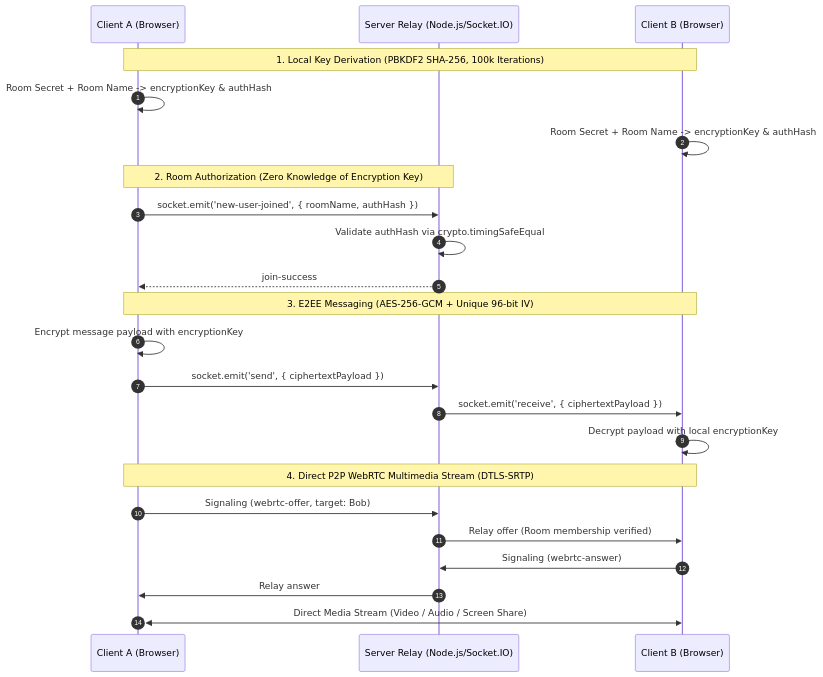
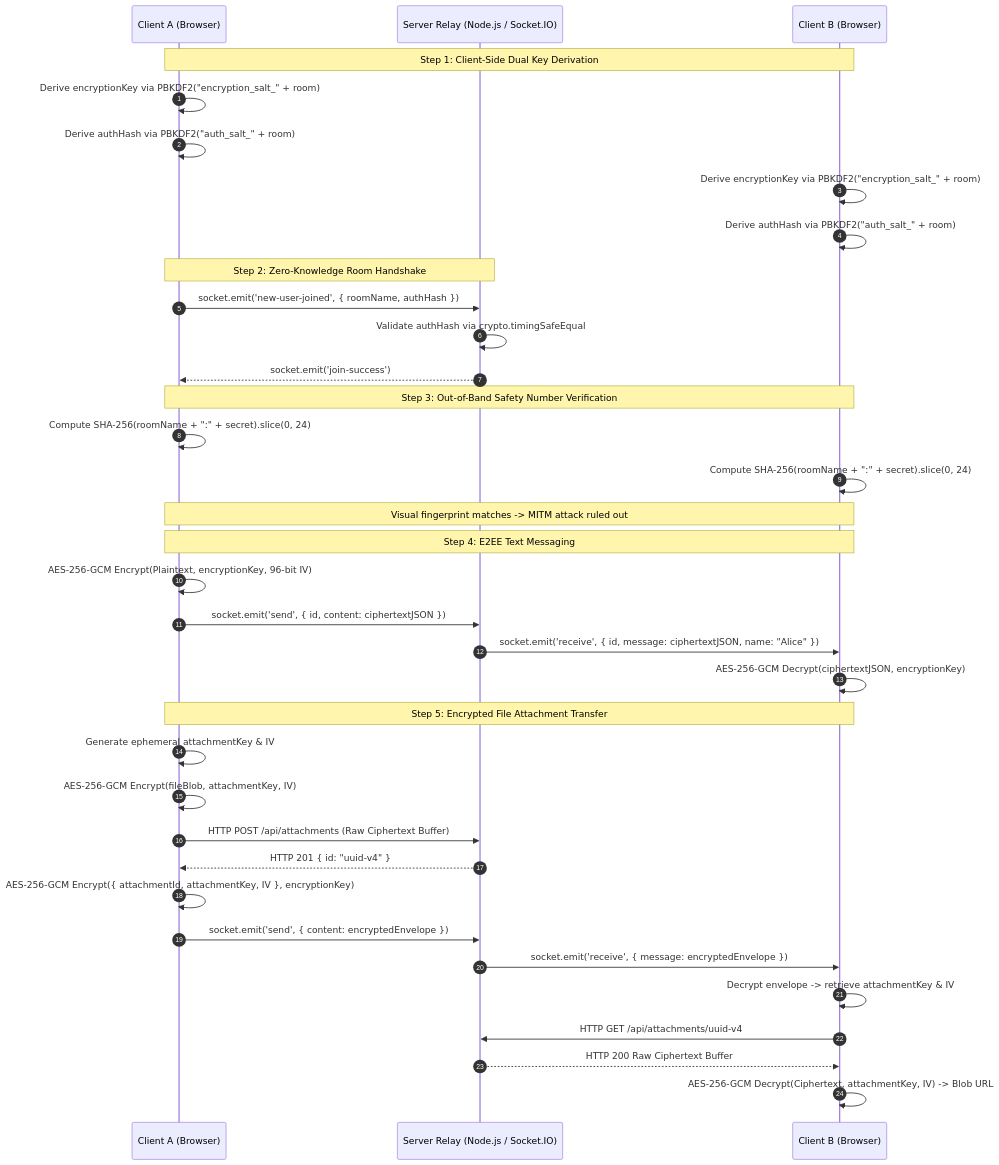
One commit to tanmay9783/NijiSamvad changed the second of 2 diagrams in README.md. Above: the diagram before and after it, drawn with Mermaid. The commit also changed other lines of this file and 3 other files, not shown here.

````diff
--- a/README.md
+++ b/README.md
@@ -25,29 +162,42 @@
 ```mermaid
 sequenceDiagram
     autonumber
     participant Alice as Client A (Browser)
-    participant Server as Server Relay (Node.js/Socket.IO)
+    participant Server as Server Relay (Node.js / Socket.IO)
     participant Bob as Client B (Browser)
 
-    Note over Alice,Bob: 1. Local Key Derivation (PBKDF2 SHA-256, 100k Iterations)
-    Alice->>Alice: Room Secret + Room Name -> encryptionKey & authHash
-    Bob->>Bob: Room Secret + Room Name -> encryptionKey & authHash
+    Note over Alice,Bob: Step 1: Client-Side Dual Key Derivation
+    Alice->>Alice: Derive encryptionKey via PBKDF2("encryption_salt_" + room)
+    Alice->>Alice: Derive authHash via PBKDF2("auth_salt_" + room)
+    Bob->>Bob: Derive encryptionKey via PBKDF2("encryption_salt_" + room)
+    Bob->>Bob: Derive authHash via PBKDF2("auth_salt_" + room)
 
-    Note over Alice,Server: 2. Room Authorization (Zero Knowledge of Encryption Key)
+    Note over Alice,Server: Step 2: Zero-Knowledge Room Handshake
     Alice->>Server: socket.emit('new-user-joined', { roomName, authHash })
     Server->>Server: Validate authHash via crypto.timingSafeEqual
-    Server-->>Alice: join-success
+    Server-->>Alice: socket.emit('join-success')
 
-    Note over Alice,Bob: 3. E2EE Messaging (AES-256-GCM + Unique 96-bit IV)
-    Alice->>Alice: Encrypt message payload with encryptionKey
-    Alice->>Server: socket.emit('send', { ciphertextPayload })
-    Server->>Bob: socket.emit('receive', { ciphertextPayload })
-    Bob->>Bob: Decrypt payload with local encryptionKey
+    Note over Alice,Bob: Step 3: Out-of-Band Safety Number Verification
+    Alice->>Alice: Compute SHA-256(roomName + ":" + secret).slice(0, 24)
+    Bob->>Bob: Compute SHA-256(roomName + ":" + secret).slice(0, 24)
+    Note over Alice,Bob: Visual fingerprint matches -> MITM attack ruled out
 
-    Note over Alice,Bob: 4. Direct P2P WebRTC Multimedia Stream (DTLS-SRTP)
-    Alice->>Server: Signaling (webrtc-offer, target: Bob)
-    Server->>Bob: Relay offer (Room membership verified)
-    Bob->>Server: Signaling (webrtc-answer)
-    Server->>Alice: Relay answer
-    Alice<<->>Bob: Direct Media Stream (Video / Audio / Screen Share)
+    Note over Alice,Bob: Step 4: E2EE Text Messaging
+    Alice->>Alice: AES-256-GCM Encrypt(Plaintext, encryptionKey, 96-bit IV)
+    Alice->>Server: socket.emit('send', { id, content: ciphertextJSON })
+    Server->>Bob: socket.emit('receive', { id, message: ciphertextJSON, name: "Alice" })
+    Bob->>Bob: AES-256-GCM Decrypt(ciphertextJSON, encryptionKey)
+
+    Note over Alice,Bob: Step 5: Encrypted File Attachment Transfer
+    Alice->>Alice: Generate ephemeral attachmentKey & IV
+    Alice->>Alice: AES-256-GCM Encrypt(fileBlob, attachmentKey, IV)
+    Alice->>Server: HTTP POST /api/attachments (Raw Ciphertext Buffer)
+    Server-->>Alice: HTTP 201 { id: "uuid-v4" }
+    Alice->>Alice: AES-256-GCM Encrypt({ attachmentId, attachmentKey, IV }, encryptionKey)
+    Alice->>Server: socket.emit('send', { content: encryptedEnvelope })
+    Server->>Bob: socket.emit('receive', { message: encryptedEnvelope })
+    Bob->>Bob: Decrypt envelope -> retrieve attachmentKey & IV
+    Bob->>Server: HTTP GET /api/attachments/uuid-v4
+    Server-->>Bob: HTTP 200 Raw Ciphertext Buffer
+    Bob->>Bob: AES-256-GCM Decrypt(Ciphertext, attachmentKey, IV) -> Blob URL
 ```
````
